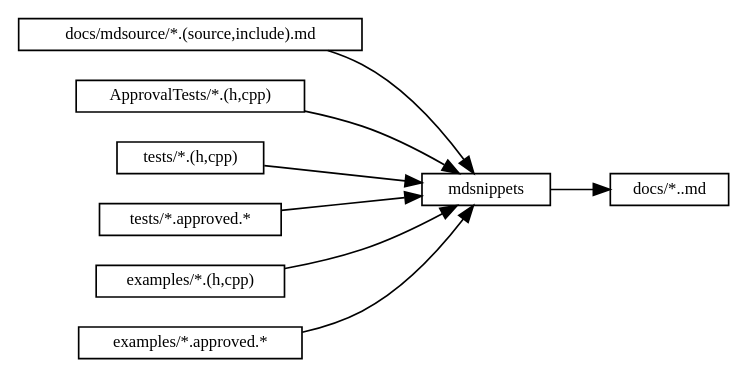
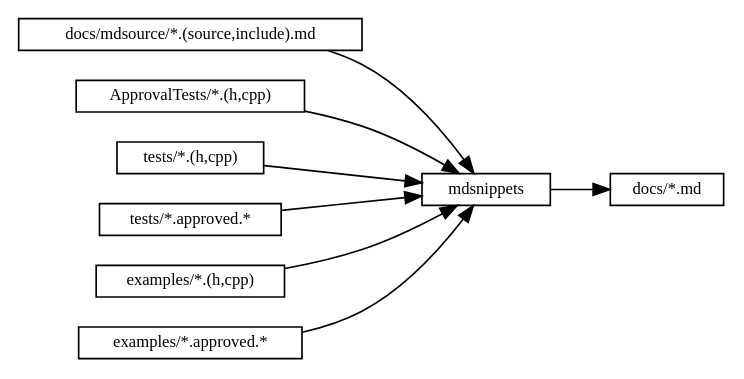
The diagram in doc/images/source/mdsnippets_flow.dot (approvals/ApprovalTests.cpp), drawn with Graphviz before and after one commit.

Commit message:
d   Fix typo in .dot node label

```diff
--- a/doc/images/source/mdsnippets_flow.dot
+++ b/doc/images/source/mdsnippets_flow.dot
@@ -1,28 +1,28 @@
 digraph mdsnippets_flow {
     rankdir = "LR"
     node [fontsize = 10, shape = box, height = 0.25]
     edge [fontsize = 10]
 
     "mdsnippets"
 
     "docs_mdsource_md" [label = "docs/mdsource/*.(source,include).md"]
     "docs_mdsource_md" -> "mdsnippets"
 
     "ApprovalTests" [label = "ApprovalTests/*.(h,cpp)"]
     "ApprovalTests" -> "mdsnippets"
 
     "tests_source" [label = "tests/*.(h,cpp)"]
     "tests_source" -> "mdsnippets"
 
     "tests_approved" [label = "tests/*.approved.*"]
     "tests_approved" -> "mdsnippets"
 
     "examples_source" [label = "examples/*.(h,cpp)"]
     "examples_source" -> "mdsnippets"
 
     "examples_approved" [label = "examples/*.approved.*"]
     "examples_approved" -> "mdsnippets"
 
-    "docs_md" [label = "docs/*..md"]
+    "docs_md" [label = "docs/*.md"]
     "mdsnippets" -> "docs_md"
 }
```
